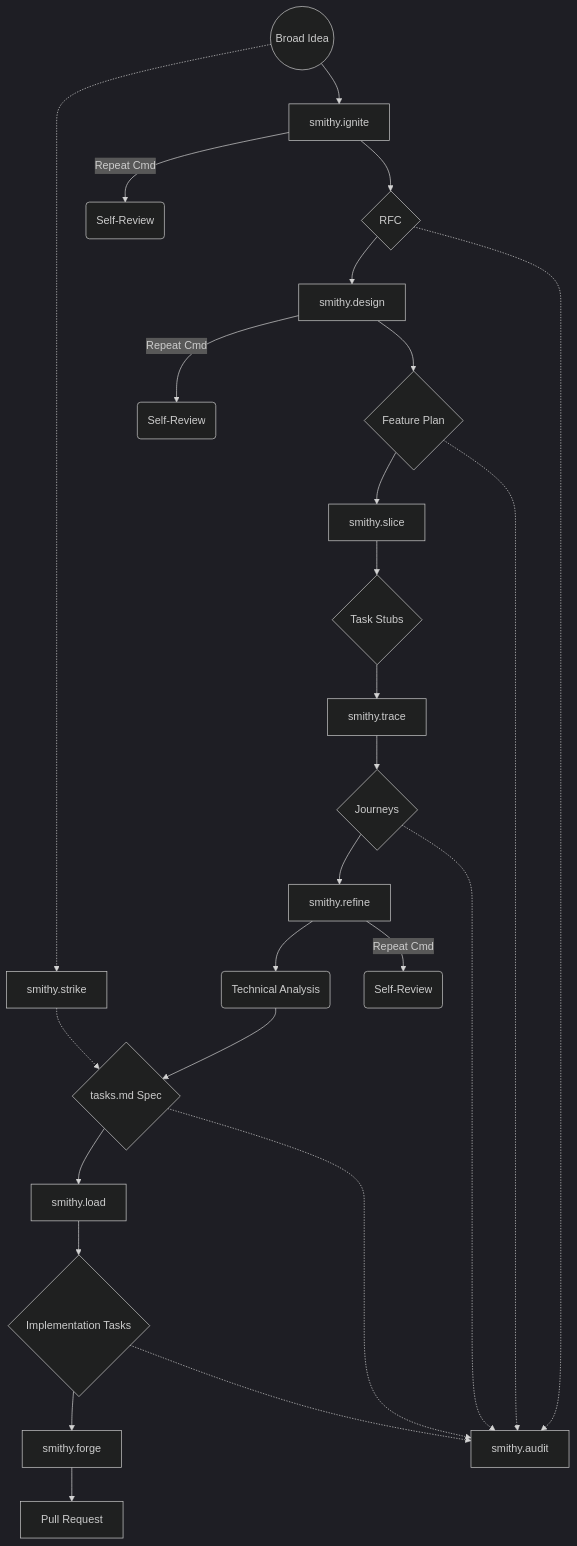
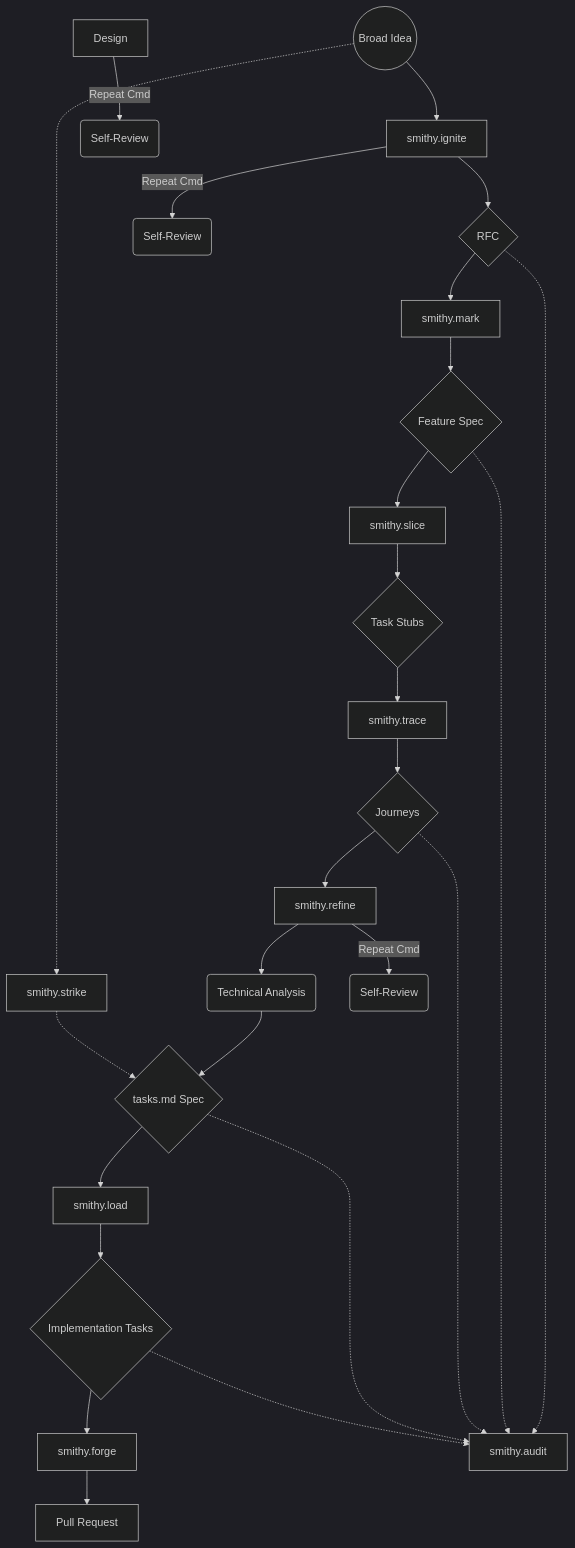
The diagram in README.md (Balexda/SmithyCLI), drawn with Mermaid (dark theme) before and after one commit. The commit also changed other lines of this file and 3 other files, not shown here.

First line of the commit message:
Remove legacy smithy.design and update references to smithy.mark

````diff
--- a/README.md
+++ b/README.md
@@ -47,45 +47,45 @@
 ```mermaid
 graph TD
     %% Ideation
     Idea((Broad Idea)) --> Ignite[smithy.ignite]
     Ignite --> RFC{RFC}
     
     %% Planning
-    RFC --> Design[smithy.design]
-    Design --> Plan{Feature Plan}
+    RFC --> Mark[smithy.mark]
+    Mark --> Plan{Feature Spec}
     
     %% Breakdown
     Plan --> Slice[smithy.slice]
     Slice --> Stubs{Task Stubs}
     
     %% Experience
     Stubs --> Trace[smithy.trace]
     Trace --> Journeys{Journeys}
     
     %% Technical Spec
     Journeys --> Refine[smithy.refine]
     Refine --> Analyze(Technical Analysis)
     Analyze --> Spec{tasks.md Spec}
     
     %% Queue & Forge
     Spec --> Load[smithy.load]
     Load --> Tasks{Implementation Tasks}
     Tasks --> Forge[smithy.forge]
     Forge --> PR[Pull Request]
     
     %% Fast Track
     Idea -.-> Strike[smithy.strike]
     Strike -.-> Spec
     
     %% Review Loops
     Ignite -- "Repeat Cmd" --> IgniteReview(Self-Review)
     Design -- "Repeat Cmd" --> DesignReview(Self-Review)
     Refine -- "Repeat Cmd" --> RefineReview(Self-Review)
     
     %% Universal Auditor
     RFC -.-> Audit[smithy.audit]
     Plan -.-> Audit
     Journeys -.-> Audit
     Spec -.-> Audit
     Tasks -.-> Audit
 ```
````
